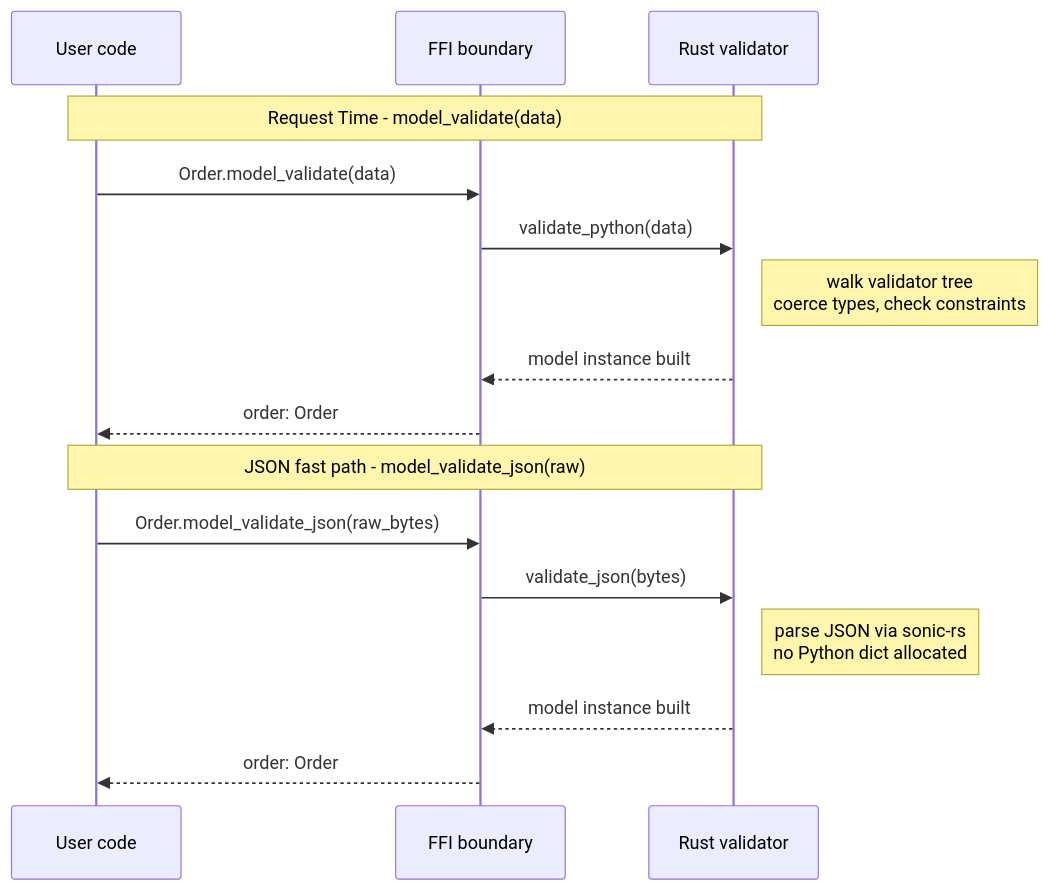
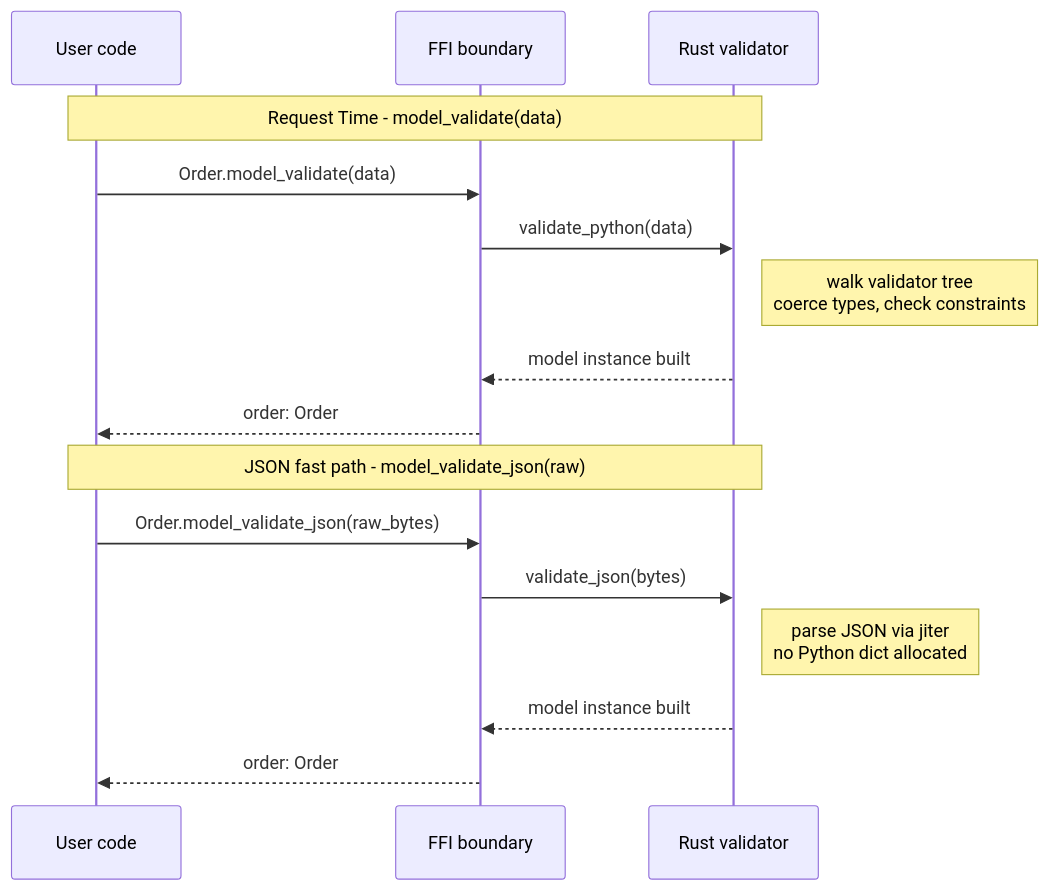
Before and after one commit to rppol/system-design: the third of 4 diagrams in src/main/java/com/rutik/systemdesign/fastapi/pydantic_v2_deep_dive/pydantic_core_and_performance.md, drawn with Mermaid. The commit also changed other lines of this file and 3 other files, not shown here.

````diff
--- a/src/main/java/com/rutik/systemdesign/fastapi/pydantic_v2_deep_dive/pydantic_core_and_performance.md
+++ b/src/main/java/com/rutik/systemdesign/fastapi/pydantic_v2_deep_dive/pydantic_core_and_performance.md
@@ -323,20 +335,20 @@
 ```mermaid
 sequenceDiagram
     participant U as User code
     participant F as FFI boundary
     participant R as Rust validator
 
     Note over U,R: Request Time - model_validate(data)
     U->>F: Order.model_validate(data)
     F->>R: validate_python(data)
     Note right of R: walk validator tree<br/>coerce types, check constraints
     R-->>F: model instance built
     F-->>U: order: Order
 
     Note over U,R: JSON fast path - model_validate_json(raw)
     U->>F: Order.model_validate_json(raw_bytes)
     F->>R: validate_json(bytes)
-    Note right of R: parse JSON via sonic-rs<br/>no Python dict allocated
+    Note right of R: parse JSON via jiter<br/>no Python dict allocated
     R-->>F: model instance built
     F-->>U: order: Order
 ```
````
